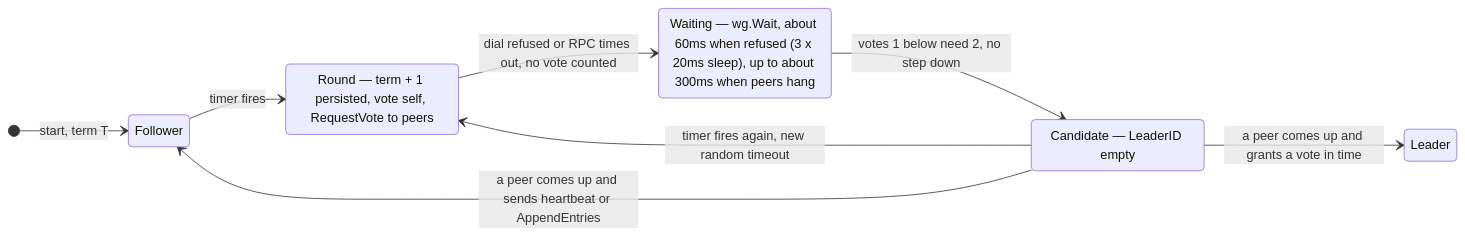
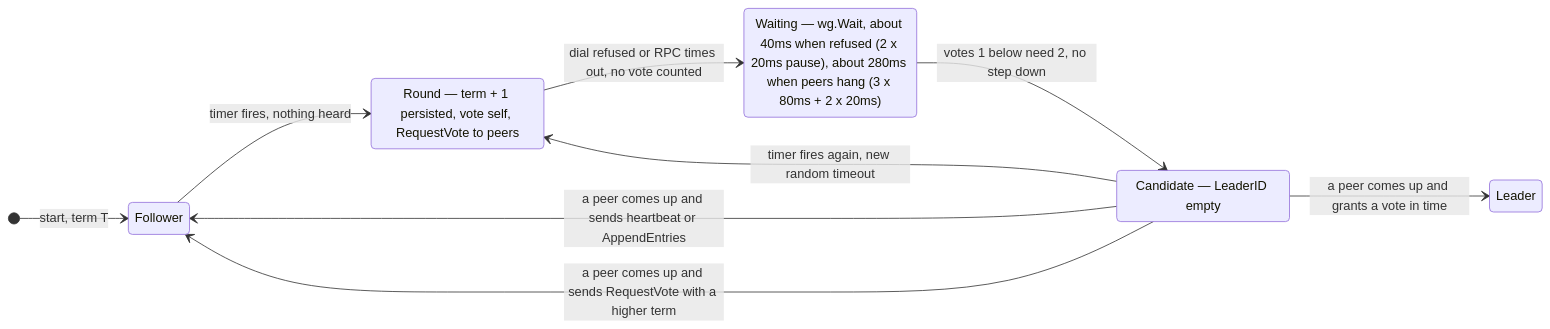
The fifth of 8 diagrams in flow/4. cluster-startup-cases.md (Tarun-Elango/hobbyDB), drawn with Mermaid before and after one commit. The commit also changed other lines of this file and 8 other files, not shown here.

Commit message:
udpating results and state diagrams

````diff
--- a/flow/4. cluster-startup-cases.md
+++ b/flow/4. cluster-startup-cases.md
@@ -157,14 +179,15 @@
 ```mermaid
 stateDiagram-v2
     direction LR
     [*] --> Follower: start, term T
-    Follower --> Round: timer fires
+    Follower --> Round: timer fires, nothing heard
     state "Round — term + 1 persisted, vote self, RequestVote to peers" as Round
     Round --> Waiting: dial refused or RPC times out, no vote counted
-    state "Waiting — wg.Wait, about 60ms when refused (3 x 20ms sleep), up to about 300ms when peers hang" as Waiting
+    state "Waiting — wg.Wait, about 40ms when refused (2 x 20ms pause), about 280ms when peers hang (3 x 80ms + 2 x 20ms)" as Waiting
     Waiting --> Candidate: votes 1 below need 2, no step down
     state "Candidate — LeaderID empty" as Candidate
     Candidate --> Round: timer fires again, new random timeout
     Candidate --> Follower: a peer comes up and sends heartbeat or AppendEntries
+    Candidate --> Follower: a peer comes up and sends RequestVote with a higher term
     Candidate --> Leader: a peer comes up and grants a vote in time
 ```
````
